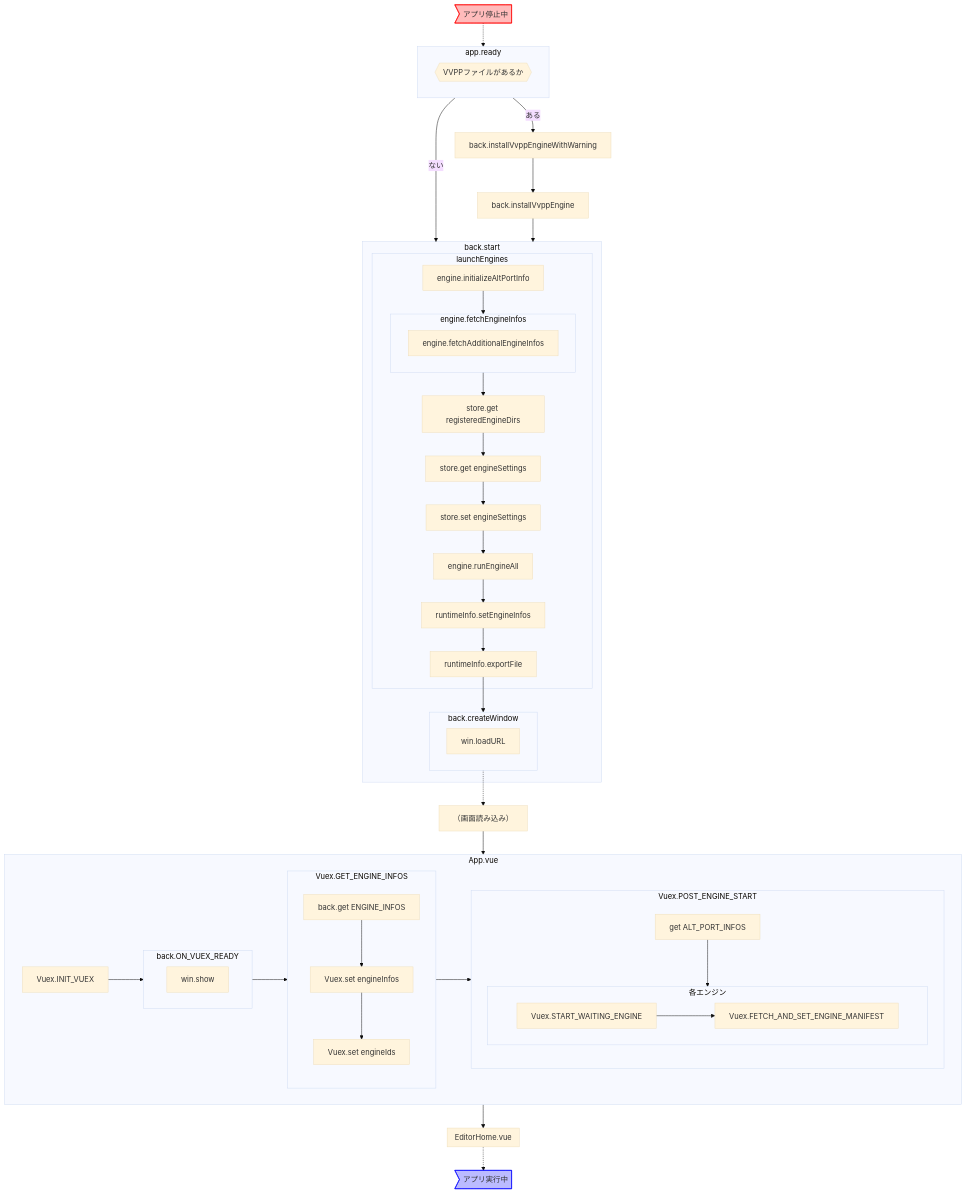
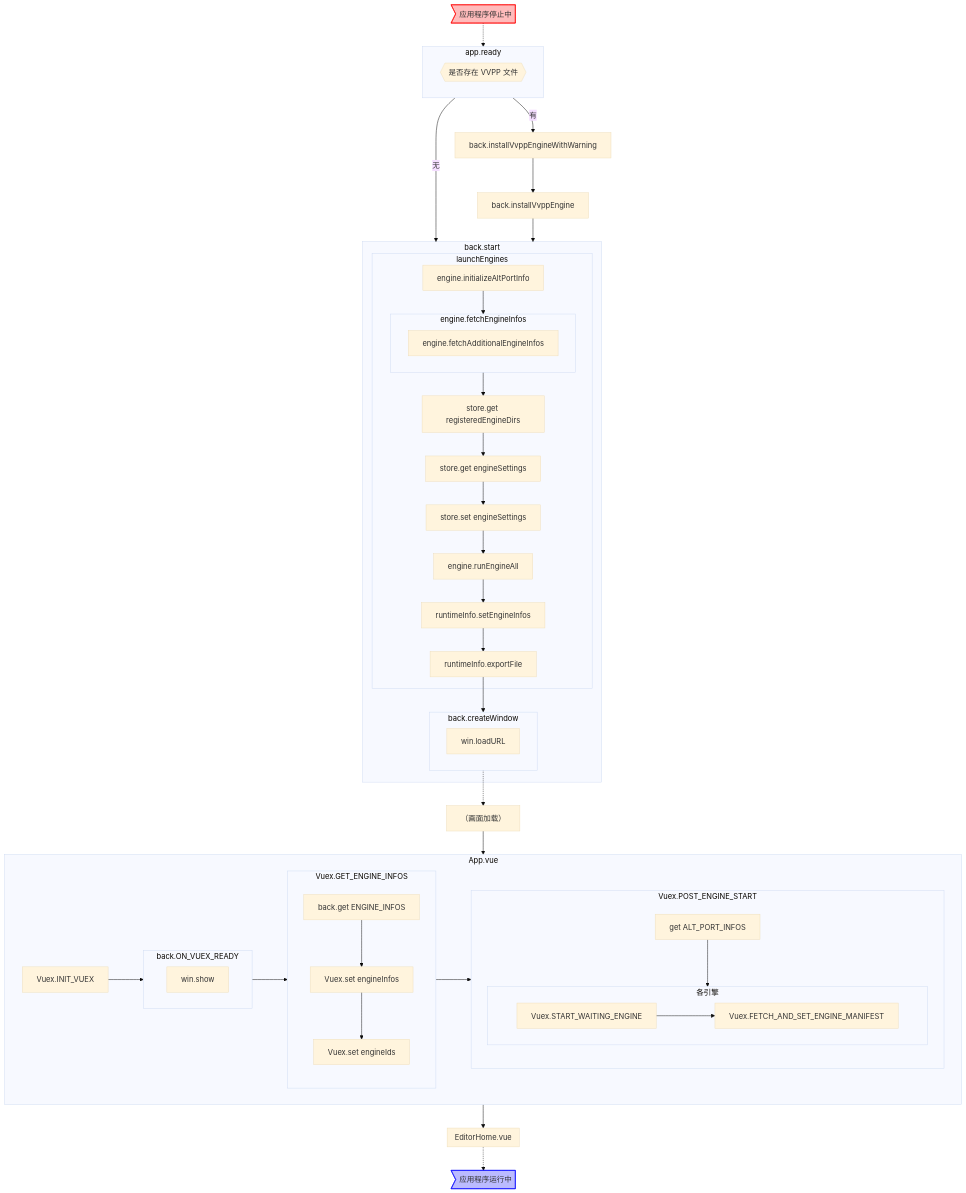
One commit to WERTYUS11/VOICEVOX changed the diagram in docs/res/起動シーケンス図.md. Above: the diagram before and after it, drawn with Mermaid (base theme). The commit also changed other lines of this file and 698 other files, not shown here.

````diff
--- a/docs/res/起動シーケンス図.md
+++ b/docs/res/起動シーケンス図.md
@@ -3,55 +3,55 @@
 ```mermaid
 flowchart
   174170["back.installVvppEngineWithWarning"] --> 786961["back.installVvppEngine"]
-  764022["（画面読み込み）"] --> 698565["App.vue"]
+  764022["（画面加载）"] --> 698565["App.vue"]
   733212["back.createWindow"] -.-> 764022
-  448821>"アプリ停止中"] -.-> 430173["app.ready"]
+  448821>"应用程序停止中"] -.-> 430173["app.ready"]
   style 448821 fill:#ffbbbb,stroke:#ff0000
-  430173 -->|"ある"| 174170
-  430173 -->|"ない"| 389651["back.start"]
-  332024["EditorHome.vue"] -.-> 704891>"アプリ実行中"]
+  430173 -->|"有"| 174170
+  430173 -->|"无"| 389651["back.start"]
+  332024["EditorHome.vue"] -.-> 704891>"应用程序运行中"]
   style 704891 fill:#bbbbff,stroke:#0000ff
   786961 --> 389651
   698565 --> 332024
   subgraph 332024["EditorHome.vue"]
   end
   subgraph 389651["back.start"]
     321984["runtimeInfo.exportFile"] --> 733212
     subgraph 733212["back.createWindow"]
       613440["win.loadURL"]
     end
     subgraph 548965["launchEngines"]
       250263["store.get engineSettings"] --> 222321["store.set engineSettings"]
       870482["store.get registeredEngineDirs"] --> 250263
       222321 --> 967432["engine.runEngineAll"]
       656570["engine.fetchEngineInfos"] --> 870482
       110954["engine.initializeAltPortInfo"] --> 656570
       967432 --> 302398["runtimeInfo.setEngineInfos"]
       302398 --> 321984
       subgraph 656570["engine.fetchEngineInfos"]
         267019["engine.fetchAdditionalEngineInfos"]
       end
     end
   end
   subgraph 430173["app.ready"]
-    546251{{"VVPPファイルがあるか"}}
+    546251{{"是否存在 VVPP 文件"}}
   end
   subgraph 698565["App.vue"]
     709863["Vuex.GET_ENGINE_INFOS"] --> 773040["Vuex.POST_ENGINE_START"]
     646647["Vuex.INIT_VUEX"] --> 632374["back.ON_VUEX_READY"]
     632374 --> 709863
     subgraph 632374["back.ON_VUEX_READY"]
       225701["win.show"]
     end
     subgraph 709863["Vuex.GET_ENGINE_INFOS"]
       807081["back.get ENGINE_INFOS"] --> 423649["Vuex.set engineInfos"]
       423649 --> 623418["Vuex.set engineIds"]
     end
     subgraph 773040["Vuex.POST_ENGINE_START"]
-      970396["get ALT_PORT_INFOS"] --> 467527["各エンジン"]
-      subgraph 467527["各エンジン"]
+      970396["get ALT_PORT_INFOS"] --> 467527["各引擎"]
+      subgraph 467527["各引擎"]
         592206["Vuex.START_WAITING_ENGINE"] --> 799767["Vuex.FETCH_AND_SET_ENGINE_MANIFEST"]
       end
     end
   end
 ```
````
